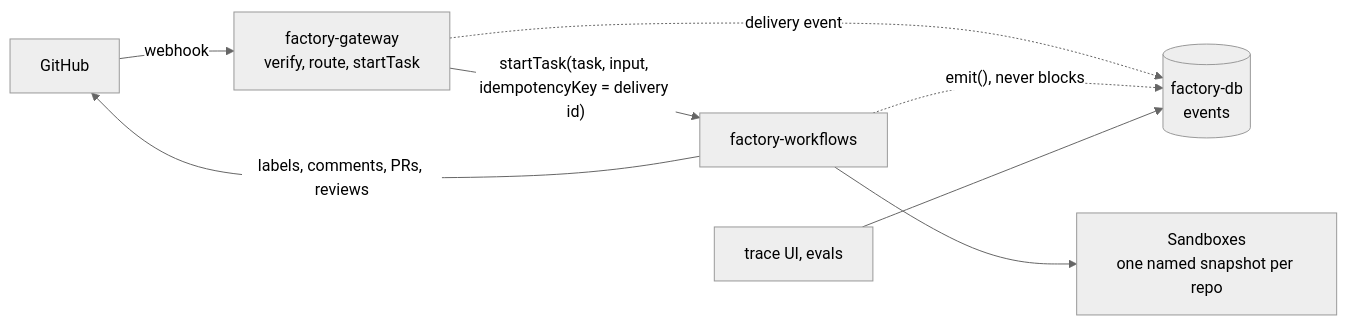
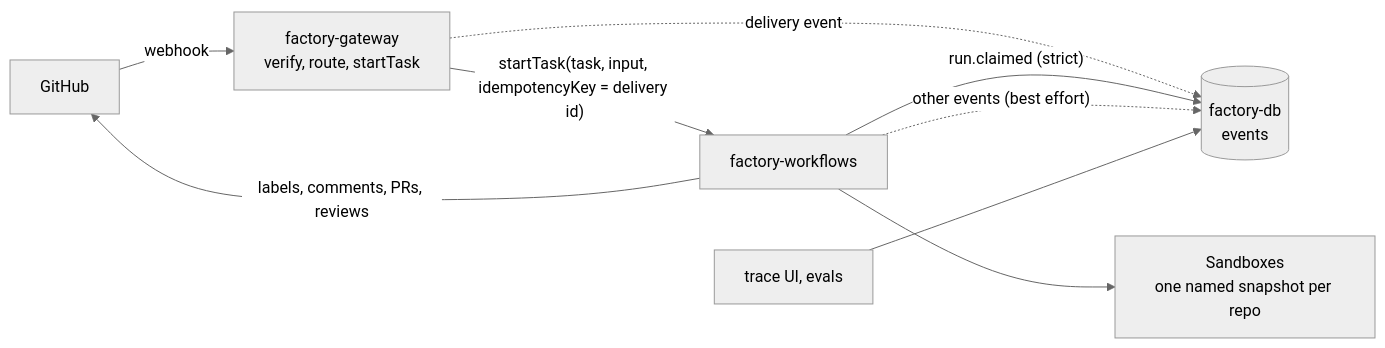
Before and after one commit to Ho1yShif/software-factory: the diagram in docs/redesign.md, drawn with Mermaid (neutral theme). The commit also changed other lines of this file and 41 other files, not shown here.

````diff
--- a/docs/redesign.md
+++ b/docs/redesign.md
@@ -24,10 +24,11 @@
 ```mermaid
 flowchart LR
   GH[GitHub] -->|webhook| GW[factory-gateway<br/>verify, route, startTask]
   GW -->|"startTask(task, input, idempotencyKey = delivery id)"| WF[factory-workflows]
   GW -.->|delivery event| EV[(factory-db<br/>events)]
-  WF -.->|"emit(), never blocks"| EV
+  WF -->|"run.claimed (strict)"| EV
+  WF -.->|"other events (best effort)"| EV
   WF --> SB[Sandboxes<br/>one named snapshot per repo]
   WF -->|labels, comments, PRs, reviews| GH
   UI[trace UI, evals] --> EV
 ```
````
